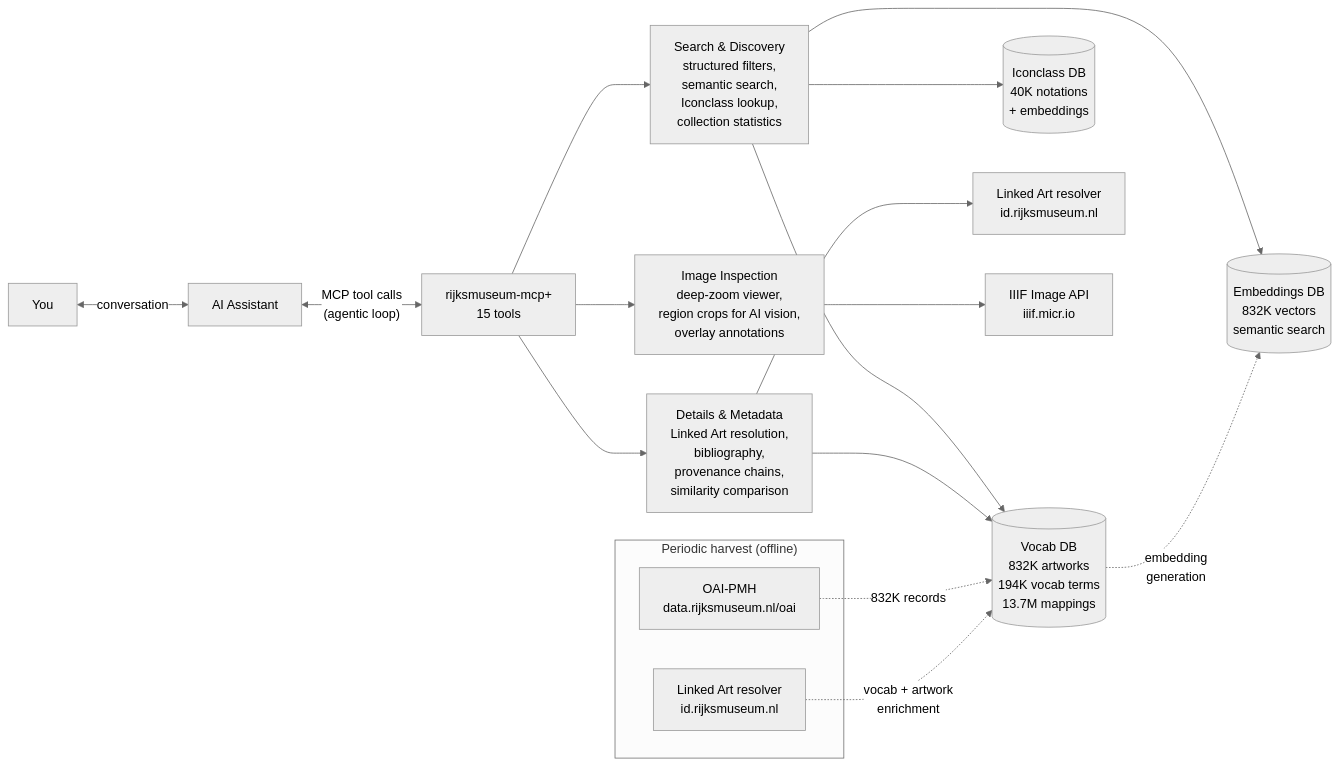
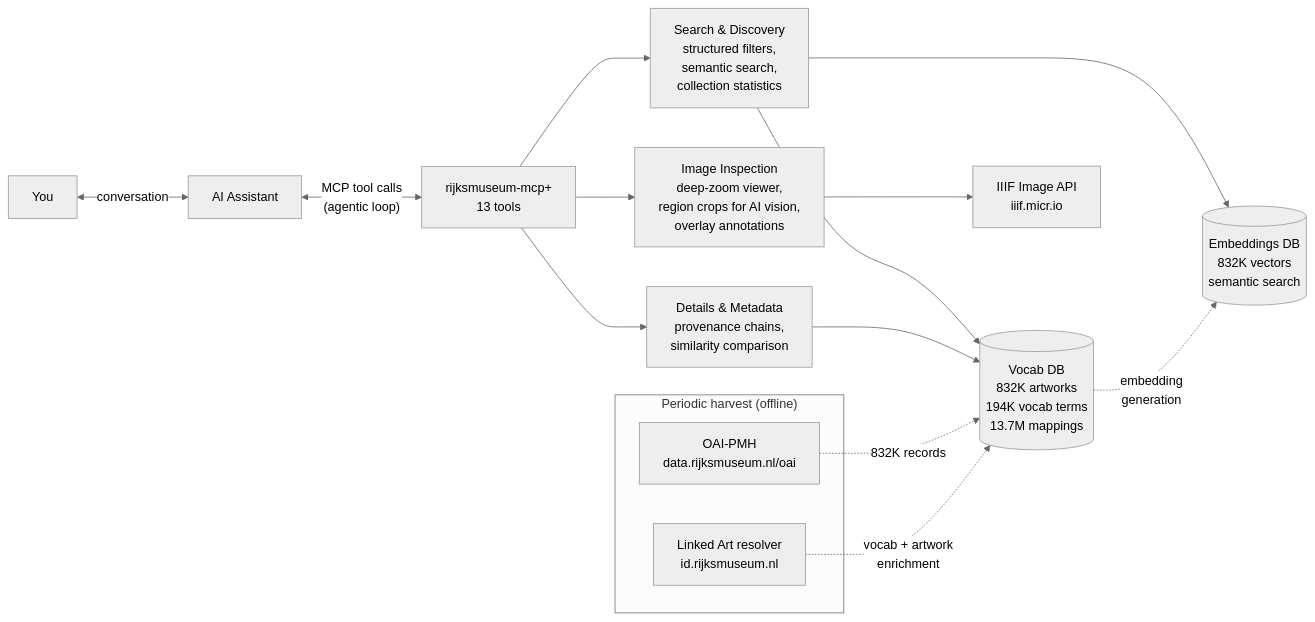
The first of 2 diagrams in README.md (kintopp/rijksmuseum-mcp-plus), drawn with Mermaid (neutral theme) before and after one commit. The commit also changed other lines of this file, not shown here.

Commit message:
Update README: remove stale resolver, bibliography, and Iconclass references
- Remove Linked Art resolver as runtime dependency (harvest-only now)
- Remove bibliography citations from features (tool removed)
- Remove Iconclass DB from architecture diagram (moved to dedicated server)
- Update tool count 15→13 in Mermaid diagram
- Remove completed roadmap items (resolver elimination, bibliography removal)
- Fix broken SKILL markdown link

````diff
--- a/README.md
+++ b/README.md
@@ -98,53 +98,45 @@
 ```mermaid
 flowchart LR
     User["You"] <-->|conversation| AI["AI Assistant"]
 
     AI <-->|"MCP tool calls
     (agentic loop)"| Server["rijksmuseum-mcp+
-    15 tools"]
+    13 tools"]
 
     Server --> Search["Search & Discovery
     structured filters,
     semantic search,
-    Iconclass lookup,
     collection statistics"]
 
     Server --> Details["Details & Metadata
-    Linked Art resolution,
-    bibliography,
     provenance chains,
     similarity comparison"]
 
     Server --> Images["Image Inspection
     deep-zoom viewer,
     region crops for AI vision,
     overlay annotations"]
 
     Search --> VocabDB[("Vocab DB
     832K artworks
     194K vocab terms
     13.7M mappings")]
     Search --> EmbeddingsDB[("Embeddings DB
     832K vectors
     semantic search")]
-    Search --> IconclassDB[("Iconclass DB
-    40K notations
-    + embeddings")]
-    Details --> LinkedArt["Linked Art resolver
-    id.rijksmuseum.nl"]
     Details --> VocabDB
     Images --> IIIF["IIIF Image API
     iiif.micr.io"]
 
     subgraph Harvest ["Periodic harvest (offline)"]
         OAI["OAI-PMH
         data.rijksmuseum.nl/oai"]
-        LA2["Linked Art resolver
+        LA["Linked Art resolver
         id.rijksmuseum.nl"]
     end
     OAI -.->|"832K records"| VocabDB
-    LA2 -.->|"vocab + artwork
+    LA -.->|"vocab + artwork
     enrichment"| VocabDB
     VocabDB -.->|"embedding
     generation"| EmbeddingsDB
 ```
````
